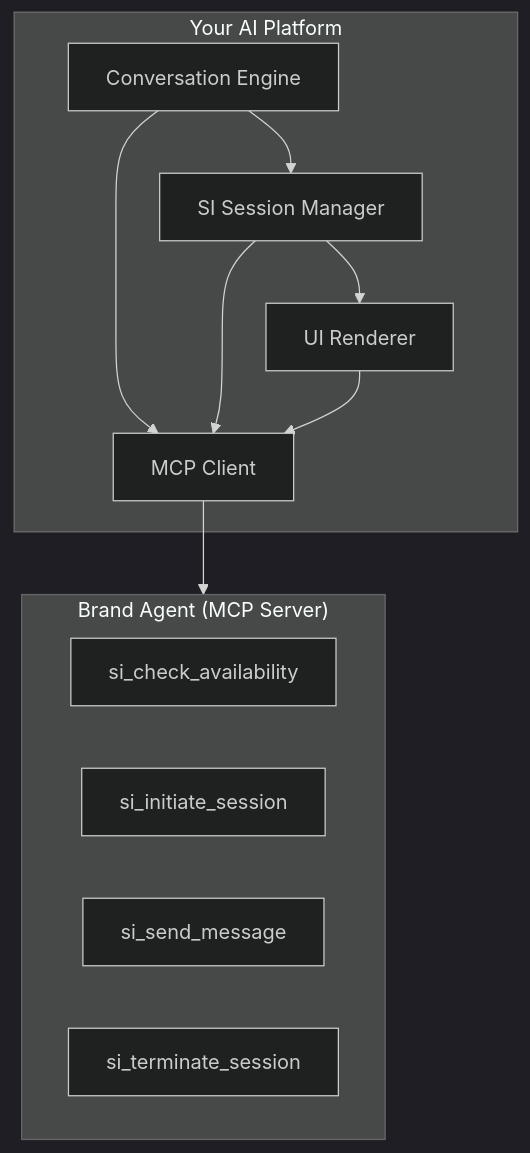
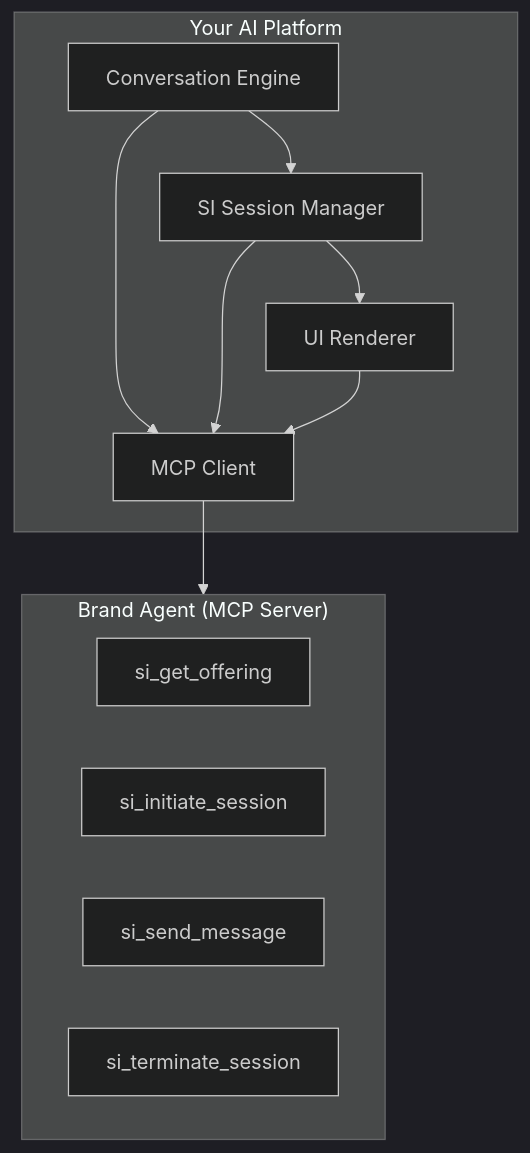
Before and after one commit to adcontextprotocol/adcp: the diagram in docs/sponsored-intelligence/implementing-si-hosts.mdx, drawn with Mermaid (dark theme). The commit also changed other lines of this file and 26 other files, not shown here.

````diff
--- a/docs/sponsored-intelligence/implementing-si-hosts.mdx
+++ b/docs/sponsored-intelligence/implementing-si-hosts.mdx
@@ -21,24 +21,24 @@
 ```mermaid
 flowchart TB
     subgraph Platform["Your AI Platform"]
         CE[Conversation Engine]
         SM[SI Session Manager]
         UI[UI Renderer]
         MCP[MCP Client]
 
         CE --> SM
         SM --> UI
         CE --> MCP
         SM --> MCP
         UI --> MCP
     end
 
     subgraph Brand["Brand Agent (MCP Server)"]
-        T1[si_check_availability]
+        T1[si_get_offering]
         T2[si_initiate_session]
         T3[si_send_message]
         T4[si_terminate_session]
     end
 
     MCP --> Brand
 ```
````
